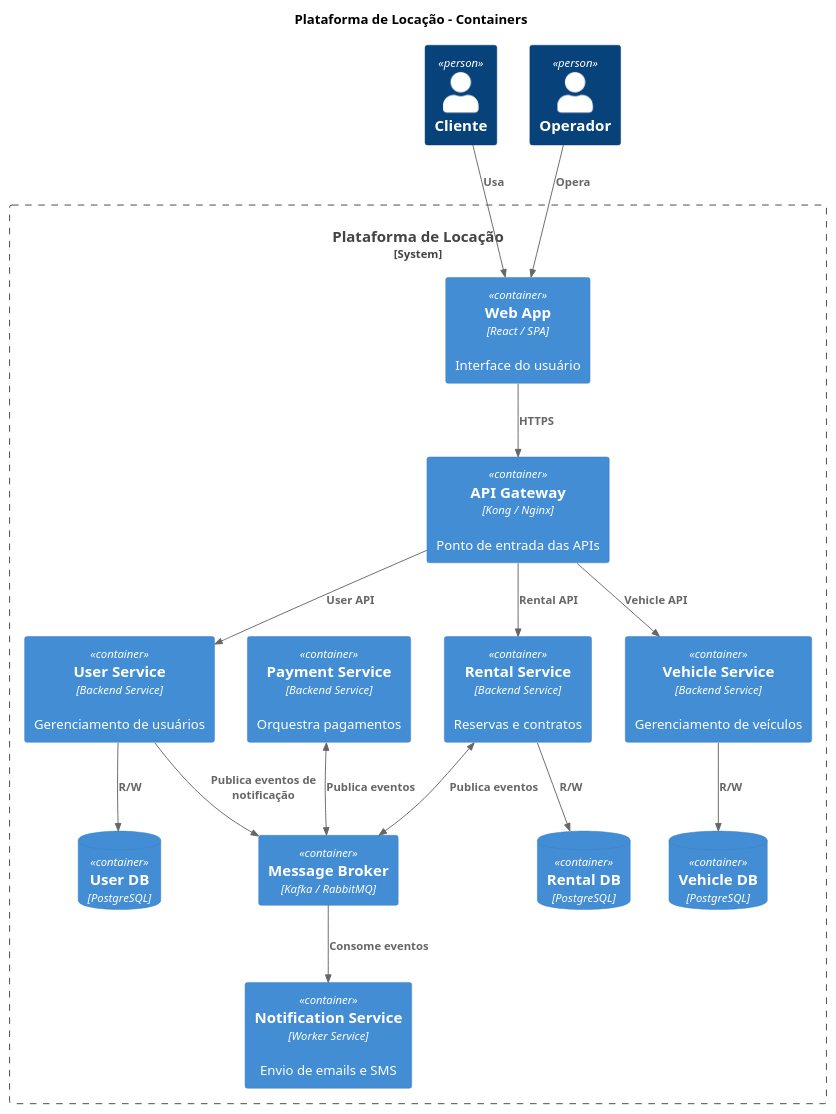
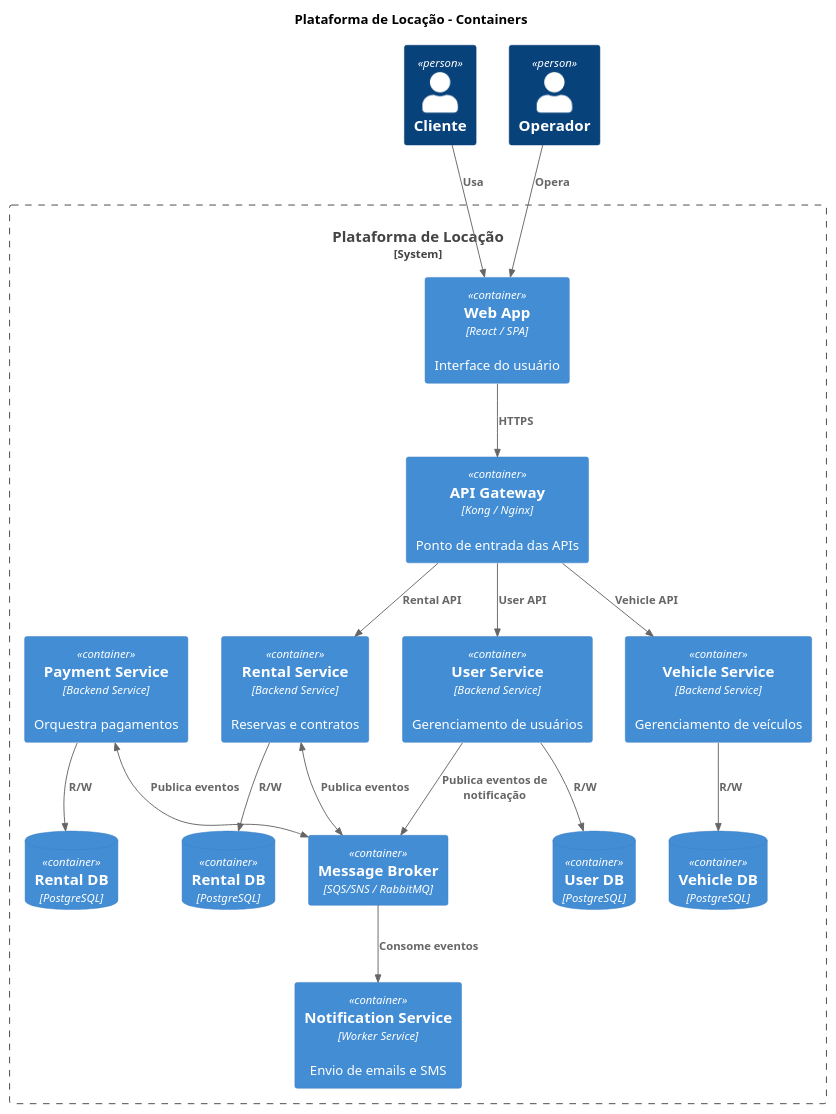
The diagram in conteiner-level-2.plantuml (G4BR-13-L/c4-model-arquitetura-multiplataforma), drawn with PlantUML before and after one commit. The commit also changed 3 other files, not shown here.

Commit message:
diagramas esxportados

```diff
--- a/conteiner-level-2.plantuml
+++ b/conteiner-level-2.plantuml
@@ -1,50 +1,52 @@
 @startuml
 !include https://raw.githubusercontent.com/plantuml-stdlib/C4-PlantUML/master/C4_Container.puml
 
 title Plataforma de Locação - Containers
 
 Person(customer, "Cliente")
 Person(operador, "Operador")
 
 System_Boundary(system, "Plataforma de Locação") {
 
     Container(web_app, "Web App", "React / SPA", "Interface do usuário")
 
     Container(api_gateway, "API Gateway", "Kong / Nginx", "Ponto de entrada das APIs")
 
     Container(user_service, "User Service", "Backend Service", "Gerenciamento de usuários")
 
     Container(vehicle_service, "Vehicle Service", "Backend Service", "Gerenciamento de veículos")
 
     Container(rental_service, "Rental Service", "Backend Service", "Reservas e contratos")
 
     Container(payment_service, "Payment Service", "Backend Service", "Orquestra pagamentos")
 
     Container(notification_service, "Notification Service", "Worker Service", "Envio de emails e SMS")
 
     ContainerDb(user_db, "User DB", "PostgreSQL")
     ContainerDb(vehicle_db, "Vehicle DB", "PostgreSQL")
     ContainerDb(rental_db, "Rental DB", "PostgreSQL")
+    ContainerDb(payment_db, "Rental DB", "PostgreSQL")
     
-    Container(message_broker, "Message Broker", "Kafka / RabbitMQ")
+    Container(message_broker, "Message Broker", "SQS/SNS / RabbitMQ")
 }
 
 Rel(customer, web_app, "Usa")
 Rel(operador, web_app, "Opera")
 
 Rel(web_app, api_gateway, "HTTPS")
 
 Rel(api_gateway, user_service, "User API")
 Rel(api_gateway, vehicle_service, "Vehicle API")
 Rel(api_gateway, rental_service, "Rental API")
 
 Rel(user_service, user_db, "R/W")
 Rel(vehicle_service, vehicle_db, "R/W")
 Rel(rental_service, rental_db, "R/W")
+Rel(payment_service, payment_db, "R/W")
 
 Rel(user_service, message_broker, "Publica eventos de notificação")
 BiRel(rental_service, message_broker, "Publica eventos")
 BiRel(payment_service, message_broker, "Publica eventos")
 Rel( message_broker, notification_service, "Consome eventos")
 
 @enduml
```
